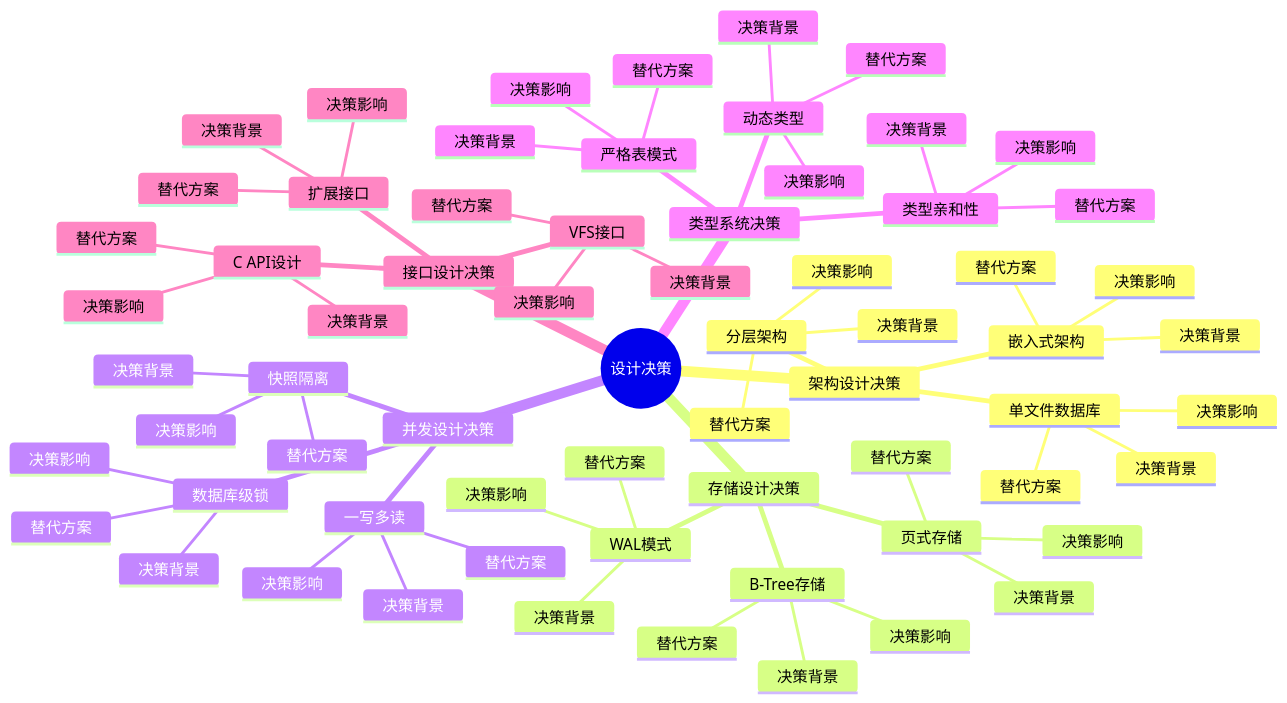
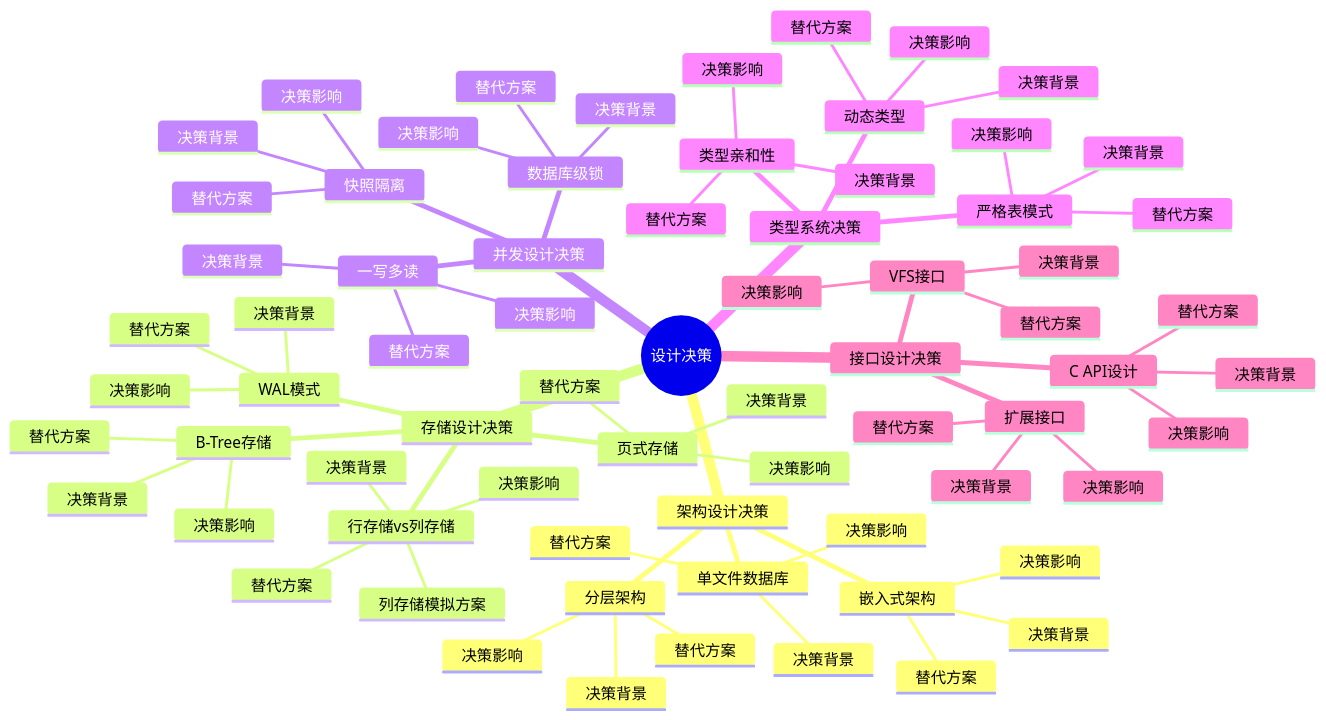
The diagram in Sqlite/12-设计模型/12.04-设计决策.md (AdaMartin18010/Data-Science), drawn with Mermaid before and after one commit. The commit also changed other lines of this file and 48 other files, not shown here.

````diff
--- a/Sqlite/12-设计模型/12.04-设计决策.md
+++ b/Sqlite/12-设计模型/12.04-设计决策.md
@@ -53,69 +54,74 @@
 ```mermaid
 mindmap
   root((设计决策))
     架构设计决策
       单文件数据库
         决策背景
         替代方案
         决策影响
       嵌入式架构
         决策背景
         替代方案
         决策影响
       分层架构
         决策背景
         替代方案
         决策影响
     存储设计决策
       B-Tree存储
         决策背景
         替代方案
         决策影响
       页式存储
         决策背景
         替代方案
         决策影响
       WAL模式
         决策背景
         替代方案
         决策影响
+      行存储vs列存储
+        决策背景
+        替代方案
+        决策影响
+        列存储模拟方案
     并发设计决策
       数据库级锁
         决策背景
         替代方案
         决策影响
       快照隔离
         决策背景
         替代方案
         决策影响
       一写多读
         决策背景
         替代方案
         决策影响
     类型系统决策
       动态类型
         决策背景
         替代方案
         决策影响
       类型亲和性
         决策背景
         替代方案
         决策影响
       严格表模式
         决策背景
         替代方案
         决策影响
     接口设计决策
       C API设计
         决策背景
         替代方案
         决策影响
       VFS接口
         决策背景
         替代方案
         决策影响
       扩展接口
         决策背景
         替代方案
         决策影响
 ```
````
